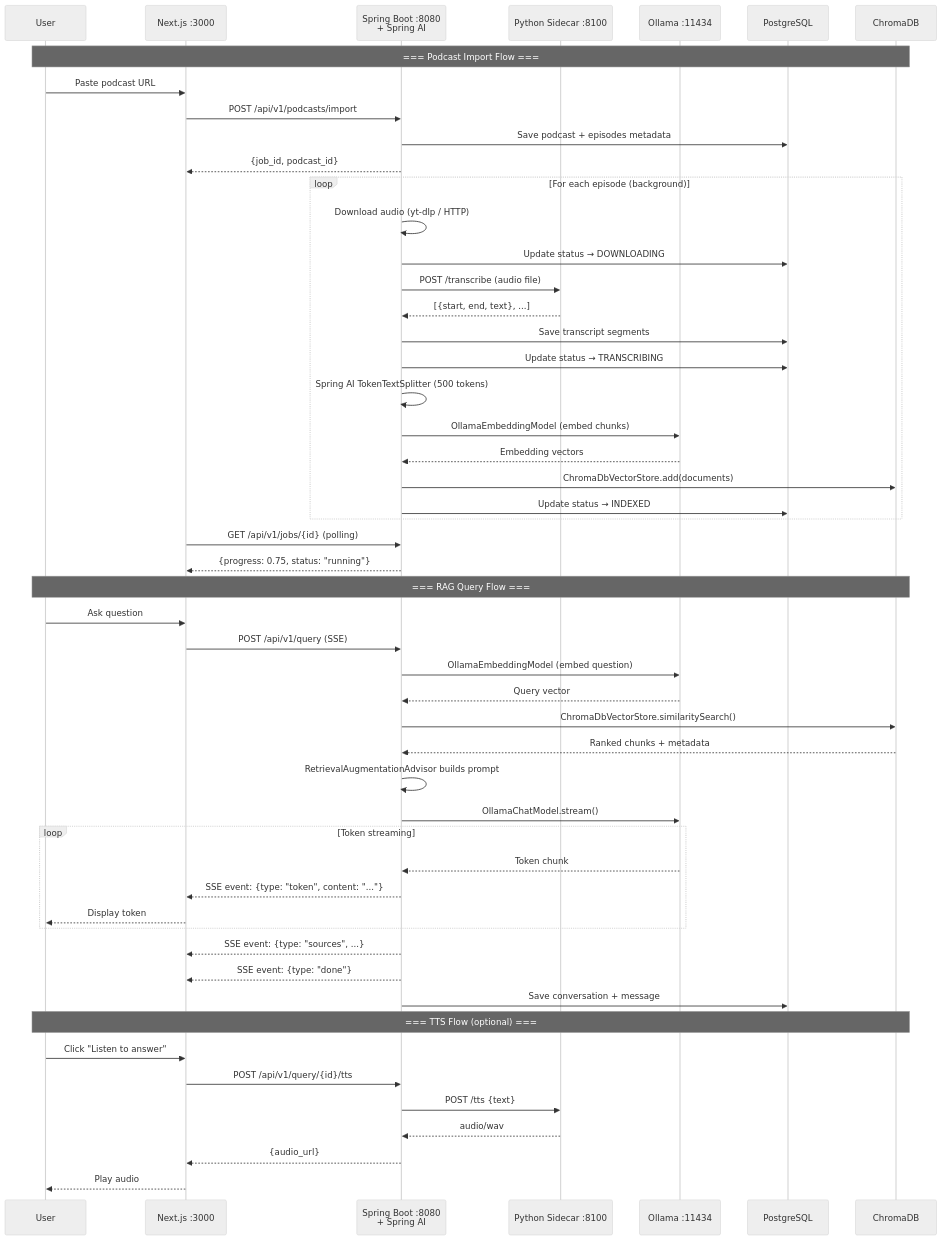
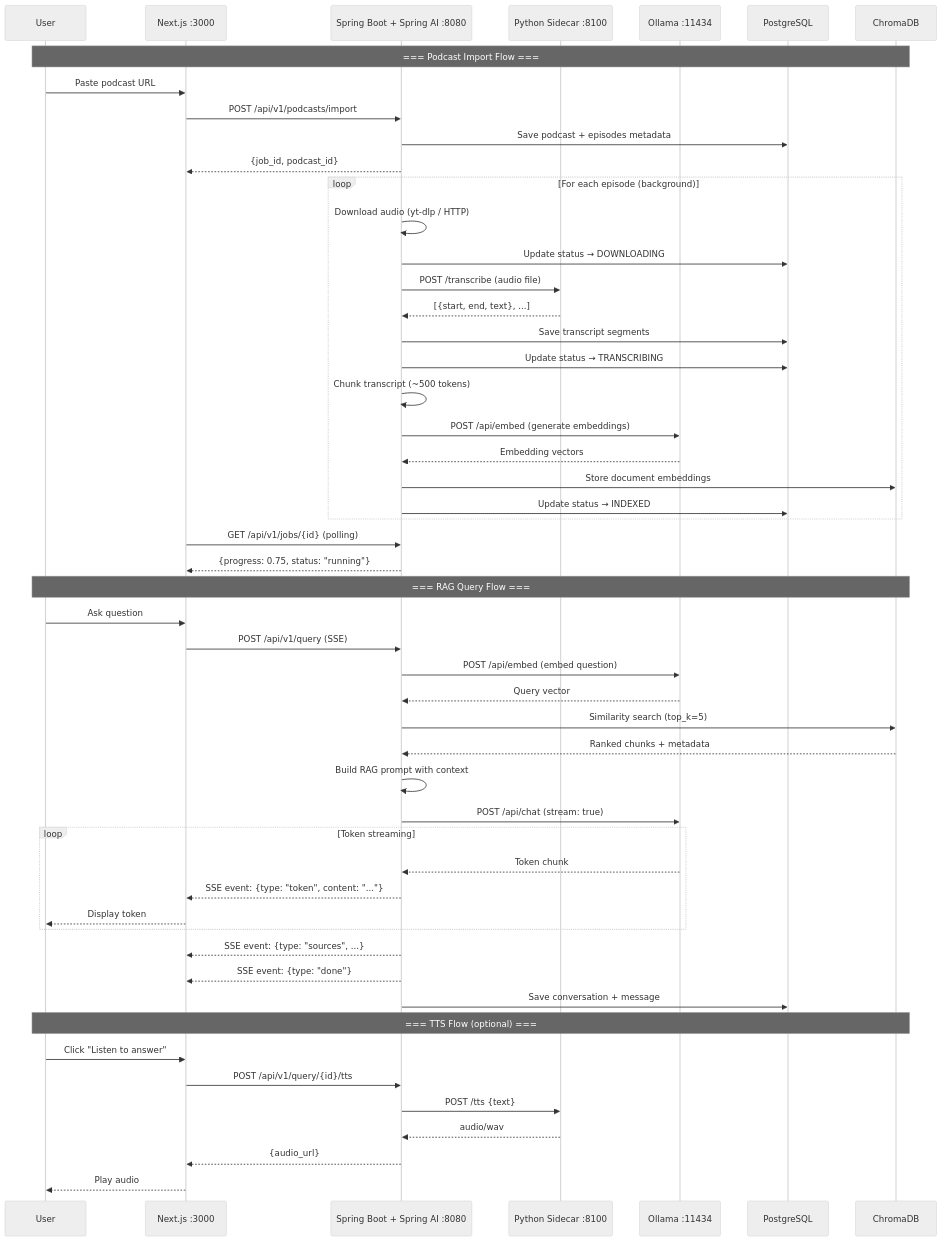
Before and after one commit to jsohi/localloom: the sixth of 7 diagrams in docs/DIAGRAMS.md, drawn with Mermaid (neutral theme). The commit also changed other lines of this file, not shown here.

Commit message:
Fix PR review: use high-level labels in sequence diagrams
Address Gemini Code Assist feedback:
- Replace Java class names (OllamaEmbeddingModel, ChromaDbVectorStore,
  etc.) with high-level interaction descriptions in sequence diagrams
- Add version note clarifying target versions may change
- Use actual API endpoints (POST /api/embed, POST /api/chat) instead
  of internal implementation details

````diff
--- a/docs/DIAGRAMS.md
+++ b/docs/DIAGRAMS.md
@@ -285,65 +287,65 @@
 ```mermaid
 sequenceDiagram
     participant User
     participant Frontend as Next.js :3000
-    participant API as Spring Boot :8080<br/>+ Spring AI
+    participant API as Spring Boot + Spring AI :8080
     participant Sidecar as Python Sidecar :8100
     participant Ollama as Ollama :11434
     participant DB as PostgreSQL
     participant ChromaDB
 
     Note over User,ChromaDB: === Podcast Import Flow ===
 
     User->>Frontend: Paste podcast URL
     Frontend->>API: POST /api/v1/podcasts/import
     API->>DB: Save podcast + episodes metadata
     API-->>Frontend: {job_id, podcast_id}
 
     loop For each episode (background)
         API->>API: Download audio (yt-dlp / HTTP)
         API->>DB: Update status → DOWNLOADING
         API->>Sidecar: POST /transcribe (audio file)
         Sidecar-->>API: [{start, end, text}, ...]
         API->>DB: Save transcript segments
         API->>DB: Update status → TRANSCRIBING
-        API->>API: Spring AI TokenTextSplitter (500 tokens)
-        API->>Ollama: OllamaEmbeddingModel (embed chunks)
+        API->>API: Chunk transcript (~500 tokens)
+        API->>Ollama: POST /api/embed (generate embeddings)
         Ollama-->>API: Embedding vectors
-        API->>ChromaDB: ChromaDbVectorStore.add(documents)
+        API->>ChromaDB: Store document embeddings
         API->>DB: Update status → INDEXED
     end
 
     Frontend->>API: GET /api/v1/jobs/{id} (polling)
     API-->>Frontend: {progress: 0.75, status: "running"}
 
     Note over User,ChromaDB: === RAG Query Flow ===
 
     User->>Frontend: Ask question
     Frontend->>API: POST /api/v1/query (SSE)
-    API->>Ollama: OllamaEmbeddingModel (embed question)
+    API->>Ollama: POST /api/embed (embed question)
     Ollama-->>API: Query vector
-    API->>ChromaDB: ChromaDbVectorStore.similaritySearch()
+    API->>ChromaDB: Similarity search (top_k=5)
     ChromaDB-->>API: Ranked chunks + metadata
 
-    API->>API: RetrievalAugmentationAdvisor builds prompt
-    API->>Ollama: OllamaChatModel.stream()
+    API->>API: Build RAG prompt with context
+    API->>Ollama: POST /api/chat (stream: true)
 
     loop Token streaming
         Ollama-->>API: Token chunk
         API-->>Frontend: SSE event: {type: "token", content: "..."}
         Frontend-->>User: Display token
     end
 
     API-->>Frontend: SSE event: {type: "sources", ...}
     API-->>Frontend: SSE event: {type: "done"}
     API->>DB: Save conversation + message
 
     Note over User,ChromaDB: === TTS Flow (optional) ===
 
     User->>Frontend: Click "Listen to answer"
     Frontend->>API: POST /api/v1/query/{id}/tts
     API->>Sidecar: POST /tts {text}
     Sidecar-->>API: audio/wav
     API-->>Frontend: {audio_url}
     Frontend-->>User: Play audio
 ```
````
